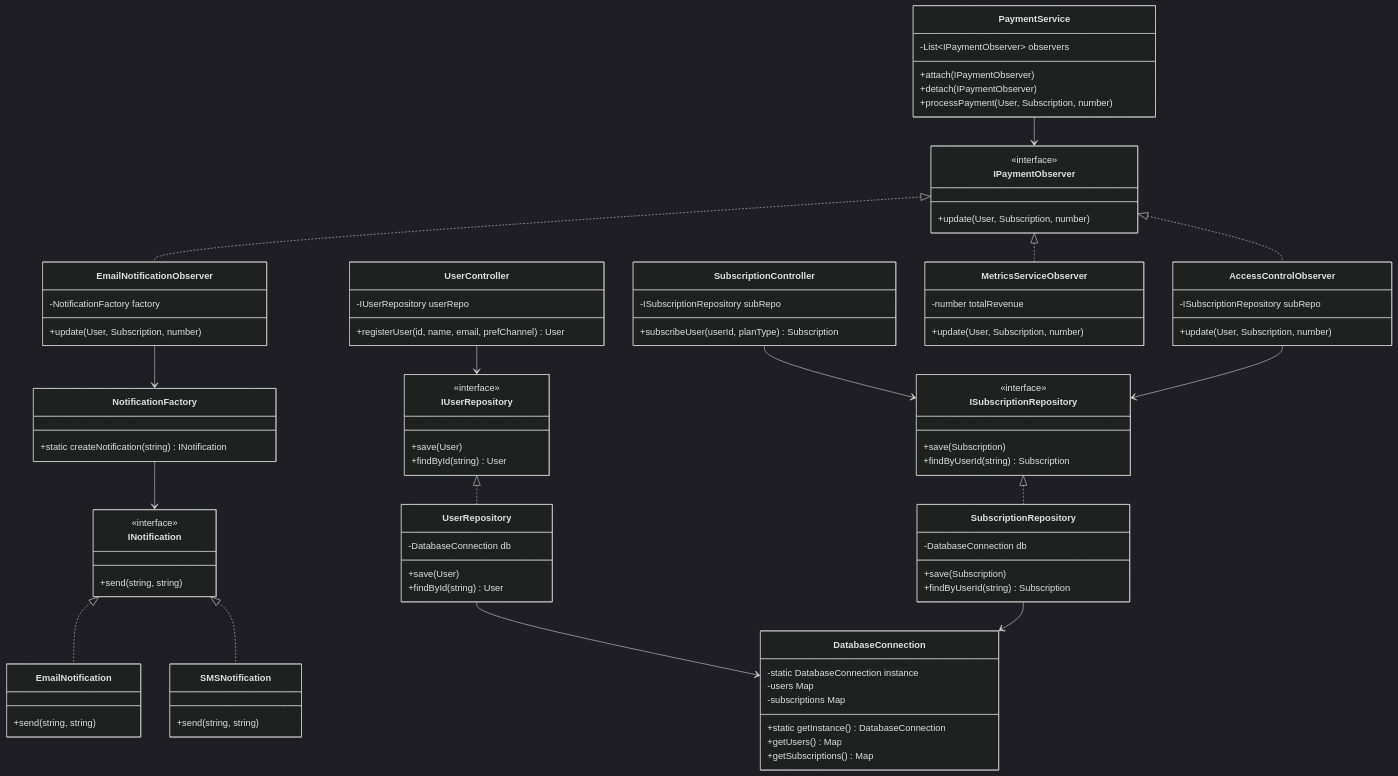
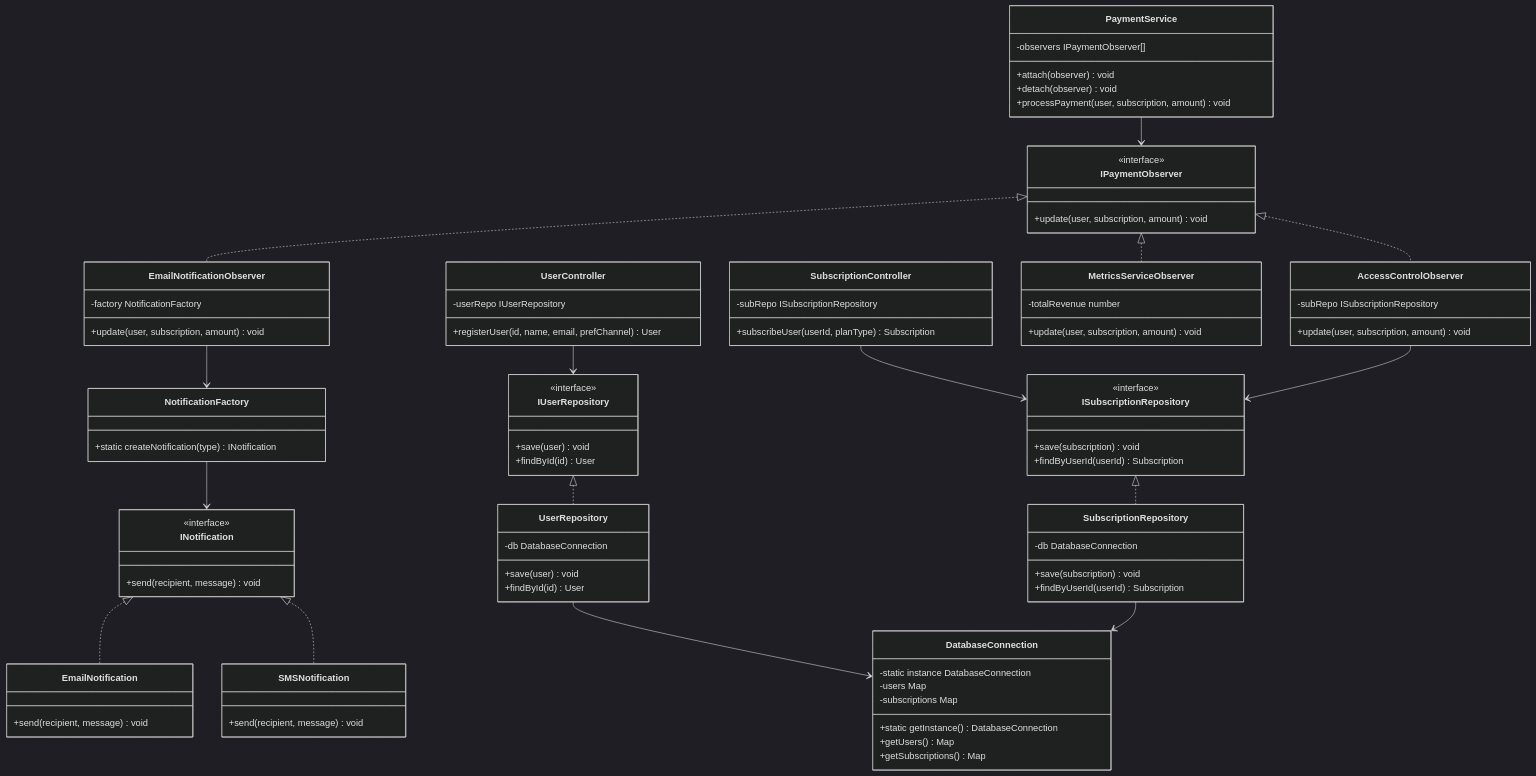
Before and after one commit to SolDF33/Sistema-de-Gesti-n-de-Suscripciones-y-Facturaci-n-Premium: the diagram in README.md, drawn with Mermaid (dark theme). The commit also changed other lines of this file, not shown here.

Commit message:
docs: solucionar renderizado de Mermaid UML y formato de tablas

```diff
--- a/README.md
+++ b/README.md
@@ -80,7 +80,7 @@
 classDiagram
     %% Singleton DB
     class DatabaseConnection {
-        -static DatabaseConnection instance
+        -static instance DatabaseConnection
         -users Map
         -subscriptions Map
         +static getInstance() DatabaseConnection
@@ -91,23 +91,23 @@
     %% Repositories
     class IUserRepository {
         <<interface>>
-        +save(User)
-        +findById(string) User
+        +save(user) void
+        +findById(id) User
     }
     class UserRepository {
-        -DatabaseConnection db
-        +save(User)
-        +findById(string) User
+        -db DatabaseConnection
+        +save(user) void
+        +findById(id) User
     }
     class ISubscriptionRepository {
         <<interface>>
-        +save(Subscription)
-        +findByUserId(string) Subscription
+        +save(subscription) void
+        +findByUserId(userId) Subscription
     }
     class SubscriptionRepository {
-        -DatabaseConnection db
-        +save(Subscription)
-        +findByUserId(string) Subscription
+        -db DatabaseConnection
+        +save(subscription) void
+        +findByUserId(userId) Subscription
     }
     IUserRepository <|.. UserRepository
     ISubscriptionRepository <|.. SubscriptionRepository
@@ -116,11 +116,11 @@
 
     %% MVC Controllers
     class UserController {
-        -IUserRepository userRepo
+        -userRepo IUserRepository
         +registerUser(id, name, email, prefChannel) User
     }
     class SubscriptionController {
-        -ISubscriptionRepository subRepo
+        -subRepo ISubscriptionRepository
         +subscribeUser(userId, planType) Subscription
     }
     UserController --> IUserRepository
@@ -129,25 +129,25 @@
     %% Observer Pattern for Payments
     class IPaymentObserver {
         <<interface>>
-        +update(User, Subscription, number)
+        +update(user, subscription, amount) void
     }
     class PaymentService {
-        -List~IPaymentObserver~ observers
-        +attach(IPaymentObserver)
-        +detach(IPaymentObserver)
-        +processPayment(User, Subscription, number)
+        -observers IPaymentObserver[]
+        +attach(observer) void
+        +detach(observer) void
+        +processPayment(user, subscription, amount) void
     }
     class EmailNotificationObserver {
-        -NotificationFactory factory
-        +update(User, Subscription, number)
+        -factory NotificationFactory
+        +update(user, subscription, amount) void
     }
     class MetricsServiceObserver {
-        -number totalRevenue
-        +update(User, Subscription, number)
+        -totalRevenue number
+        +update(user, subscription, amount) void
     }
     class AccessControlObserver {
-        -ISubscriptionRepository subRepo
-        +update(User, Subscription, number)
+        -subRepo ISubscriptionRepository
+        +update(user, subscription, amount) void
     }
     IPaymentObserver <|.. EmailNotificationObserver
     IPaymentObserver <|.. MetricsServiceObserver
@@ -158,16 +158,16 @@
     %% Factory Method
     class INotification {
         <<interface>>
-        +send(string, string)
+        +send(recipient, message) void
     }
     class EmailNotification {
-        +send(string, string)
+        +send(recipient, message) void
     }
     class SMSNotification {
-        +send(string, string)
+        +send(recipient, message) void
     }
     class NotificationFactory {
-        +static createNotification(string) INotification
+        +static createNotification(type) INotification
     }
     INotification <|.. EmailNotification
     INotification <|.. SMSNotification
```
